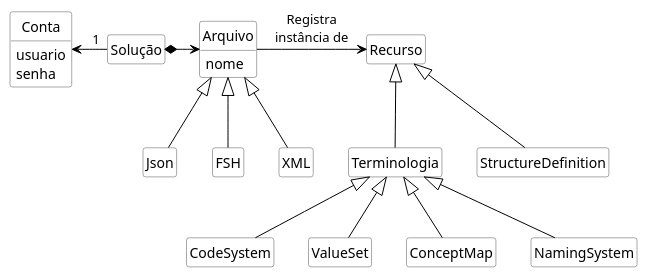
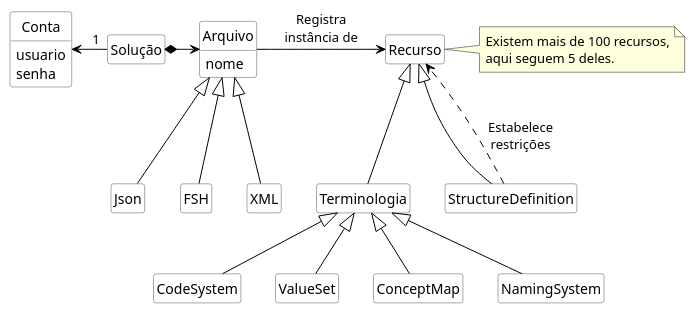
One commit to rnds-tools/gui changed the diagram in diagramas/dominio.puml. Above: the diagram before and after it, drawn with PlantUML. The commit also changed 1 other file, not shown here.

```diff
--- a/diagramas/dominio.puml
+++ b/diagramas/dominio.puml
@@ -1,70 +1,74 @@
 @startuml dominio
 
 hide circle
 hide methods
 hide empty members
 
 skinparam class {
     BackgroundColor White
     ArrowColor Black
     BorderColor #505050
 }
 
 class Conta {
     usuario
     senha
 }
 
 class Solução {
 }
 
 class Arquivo {
     nome
 }
 
 class Json {
 }
 
 class FSH {
 }
 
 class XML {
 }
 
 class Recurso {
 }
 
 class Terminologia {
 }
 
 class CodeSystem {
 }
 
 class ValueSet {
 }
 
 class ConceptMap {
 }
 
 class NamingSystem {
 }
 
 class StructureDefinition {
 }
 
 Terminologia -up-|> Recurso
 StructureDefinition -up-|> Recurso
+StructureDefinition ..> Recurso : Estabelece\nrestrições
 CodeSystem -up-|> Terminologia
 ValueSet -up-|> Terminologia
 ConceptMap -up-|> Terminologia
 NamingSystem -up-|> Terminologia
 
 Arquivo -right-> Recurso : "Registra\ninstância de"
 Solução *-right-> Arquivo
 Solução "1" -left-> Conta
 
 XML -up-|> Arquivo
 Json -up-|> Arquivo
 FSH -up-|> Arquivo
 
+note "Existem mais de 100 recursos,\naqui seguem 5 deles." as Nota
+Recurso .right. Nota
+
 @enduml
```
